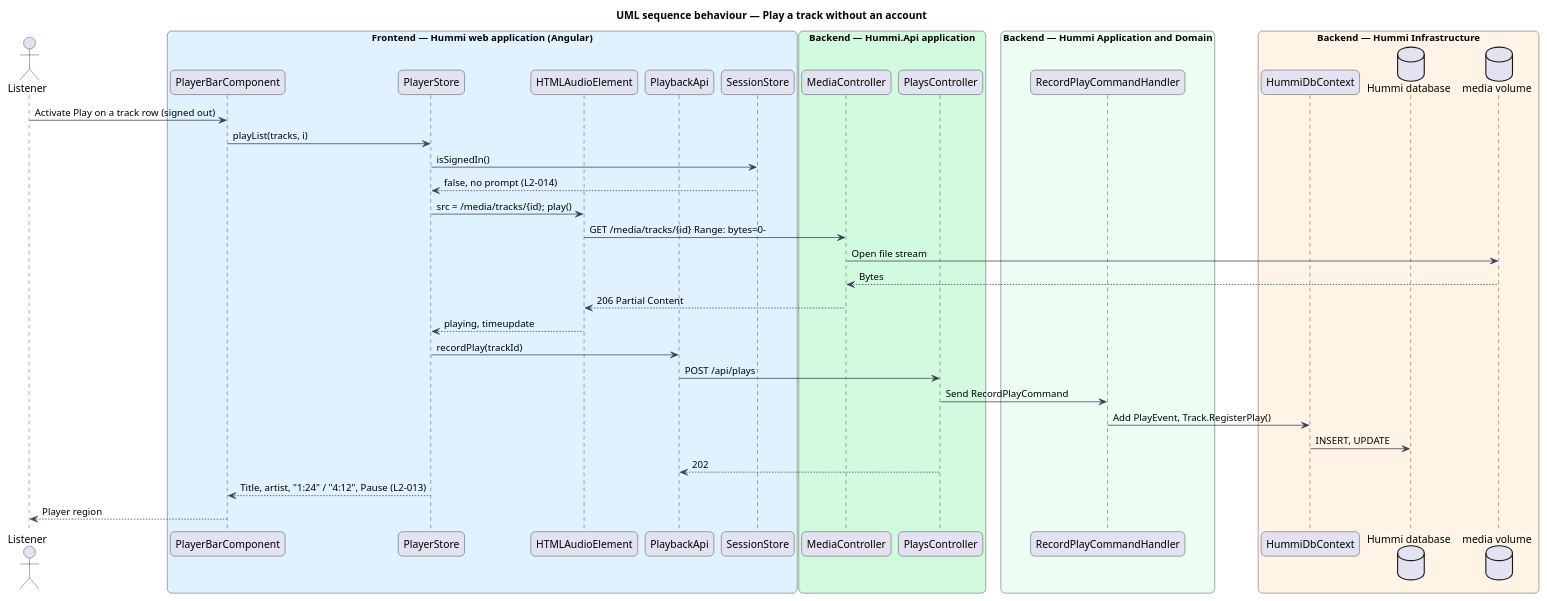
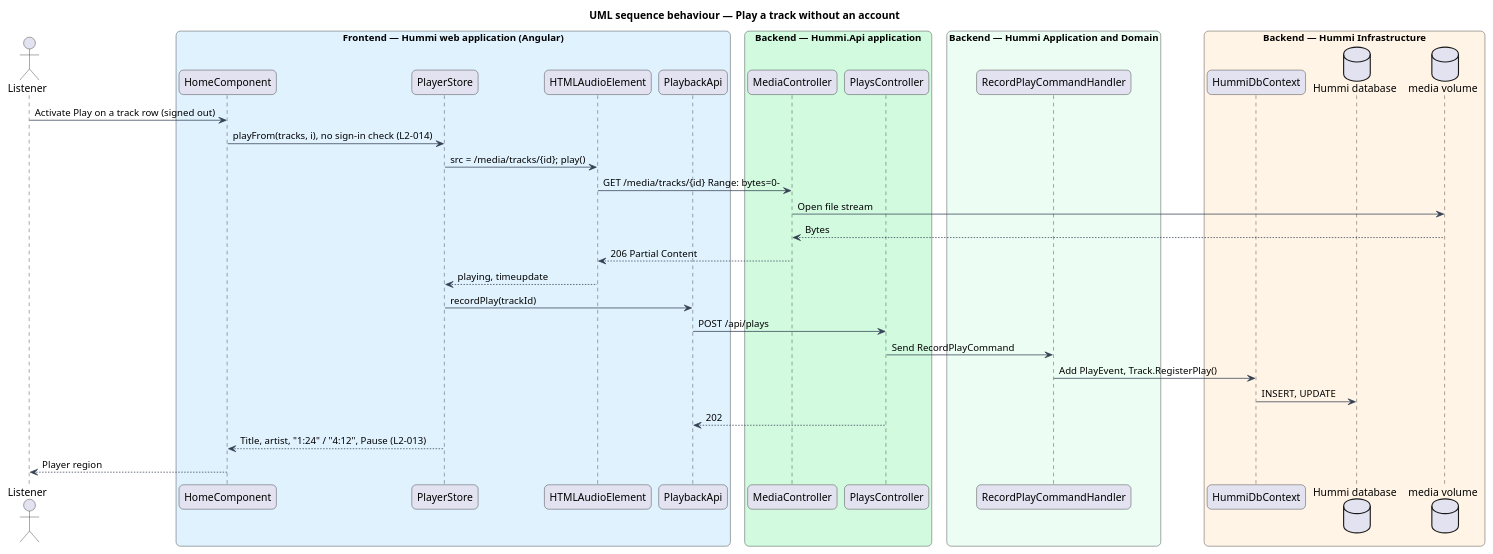
One commit to QuinntyneBrown/hummi changed the diagram in docs/detailed-designs/playback/play-tracks/diagrams/sequence-play.puml. Above: the diagram before and after it, drawn with PlantUML. The commit also changed 18 other files, not shown here.

Commit message:
Align designs, diagrams, READMEs and estimates with journey 02 as built

```diff
--- a/docs/detailed-designs/playback/play-tracks/diagrams/sequence-play.puml
+++ b/docs/detailed-designs/playback/play-tracks/diagrams/sequence-play.puml
@@ -1,55 +1,52 @@
 @startuml
 title UML sequence behaviour — Play a track without an account
 skinparam backgroundColor #FFFFFF
 skinparam shadowing false
 skinparam roundcorner 12
 skinparam defaultFontName Arial
 skinparam ArrowColor #344054
 skinparam rectangle {
   BorderColor #344054
   FontColor #101828
 }
 skinparam package {
   BorderColor #667085
   FontColor #101828
   BackgroundColor #F9FAFB
 }
 actor "Listener" as u
 box "Frontend — Hummi web application (Angular)" #E0F2FE
-  participant "PlayerBarComponent" as bar
+  participant "HomeComponent" as bar
   participant "PlayerStore" as player
   participant "HTMLAudioElement" as audio
   participant "PlaybackApi" as client
-  participant "SessionStore" as session
 end box
 box "Backend — Hummi.Api application" #D1FADF
   participant "MediaController" as mctl
   participant "PlaysController" as pctl
 end box
 box "Backend — Hummi Application and Domain" #ECFDF3
   participant "RecordPlayCommandHandler" as rec
 end box
 box "Backend — Hummi Infrastructure" #FFF4E5
   participant "HummiDbContext" as ctx
   database "Hummi database" as db
   database "media volume" as media
 end box
 u -> bar : Activate Play on a track row (signed out)
-bar -> player : playList(tracks, i)
-player -> session : isSignedIn()
-session --> player : false, no prompt (L2-014)
+bar -> player : playFrom(tracks, i), no sign-in check (L2-014)
 player -> audio : src = /media/tracks/{id}; play()
 audio -> mctl : GET /media/tracks/{id} Range: bytes=0-
 mctl -> media : Open file stream
 media --> mctl : Bytes
 mctl --> audio : 206 Partial Content
 audio --> player : playing, timeupdate
 player -> client : recordPlay(trackId)
 client -> pctl : POST /api/plays
 pctl -> rec : Send RecordPlayCommand
 rec -> ctx : Add PlayEvent, Track.RegisterPlay()
 ctx -> db : INSERT, UPDATE
 pctl --> client : 202
 player --> bar : Title, artist, "1:24" / "4:12", Pause (L2-013)
 bar --> u : Player region
 @enduml
```
